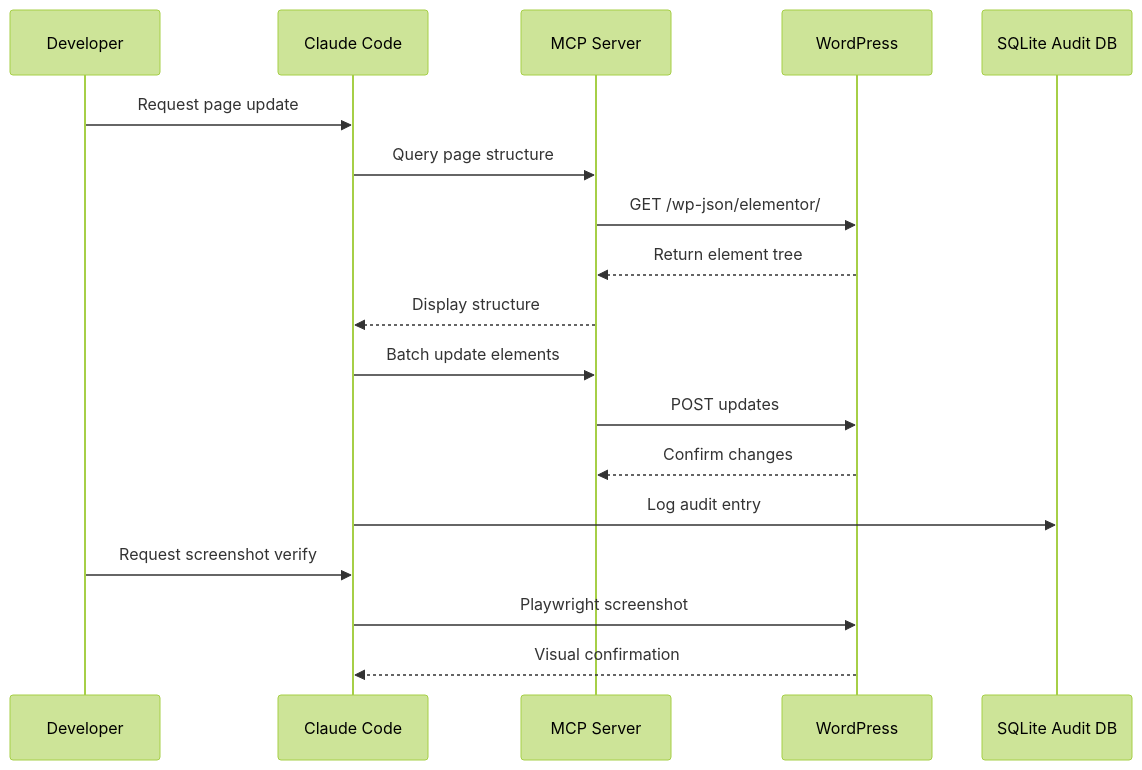
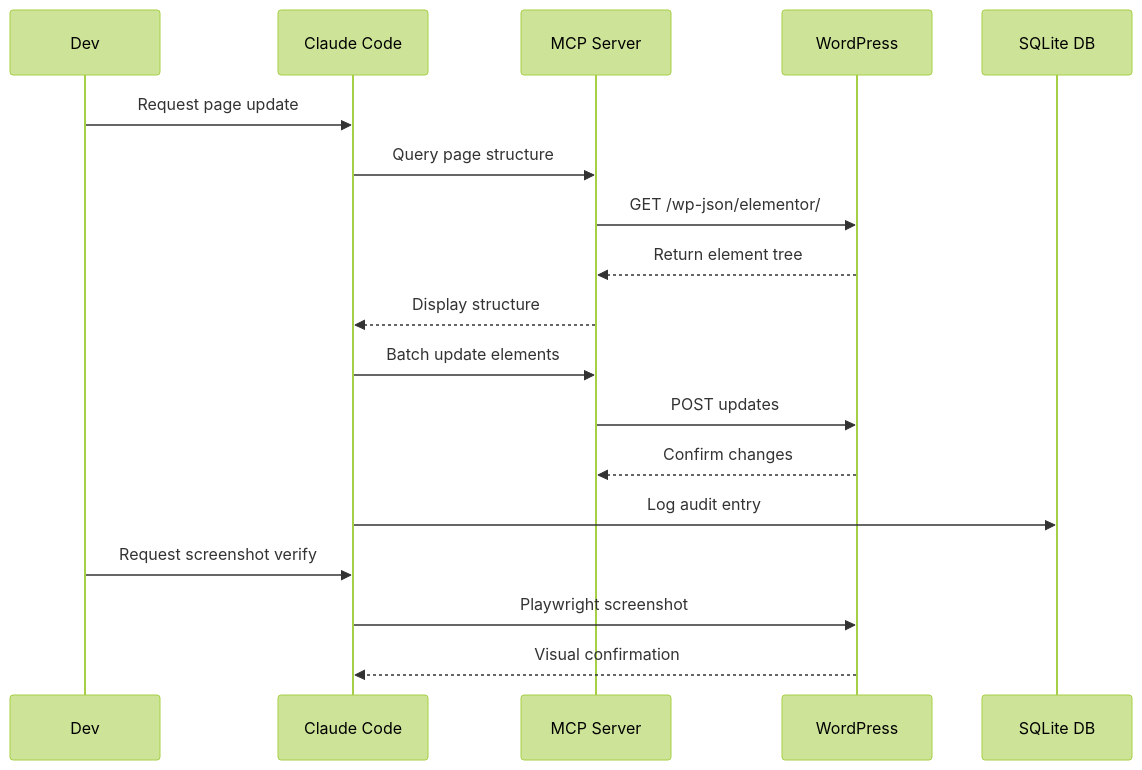
The second of 3 diagrams in README.md (GifariKemal/suriota-stack-web), drawn with Mermaid (forest theme) before and after one commit. The commit also changed other lines of this file and 7 other files, not shown here.

First line of the commit message:
docs: professional README v2 — fix Mermaid, remove placeholder, unify English

````diff
--- a/README.md
+++ b/README.md
@@ -86,21 +69,21 @@
 ```mermaid
 sequenceDiagram
-    participant Dev as Developer
+    participant Dev
     participant CC as Claude Code
     participant MCP as MCP Server
     participant WP as WordPress
-    participant DB as SQLite Audit DB
+    participant DB as SQLite DB
 
     Dev->>CC: Request page update
     CC->>MCP: Query page structure
     MCP->>WP: GET /wp-json/elementor/
     WP-->>MCP: Return element tree
     MCP-->>CC: Display structure
     CC->>MCP: Batch update elements
     MCP->>WP: POST updates
     WP-->>MCP: Confirm changes
     CC->>DB: Log audit entry
     Dev->>CC: Request screenshot verify
     CC->>WP: Playwright screenshot
     WP-->>CC: Visual confirmation
 ```
````
